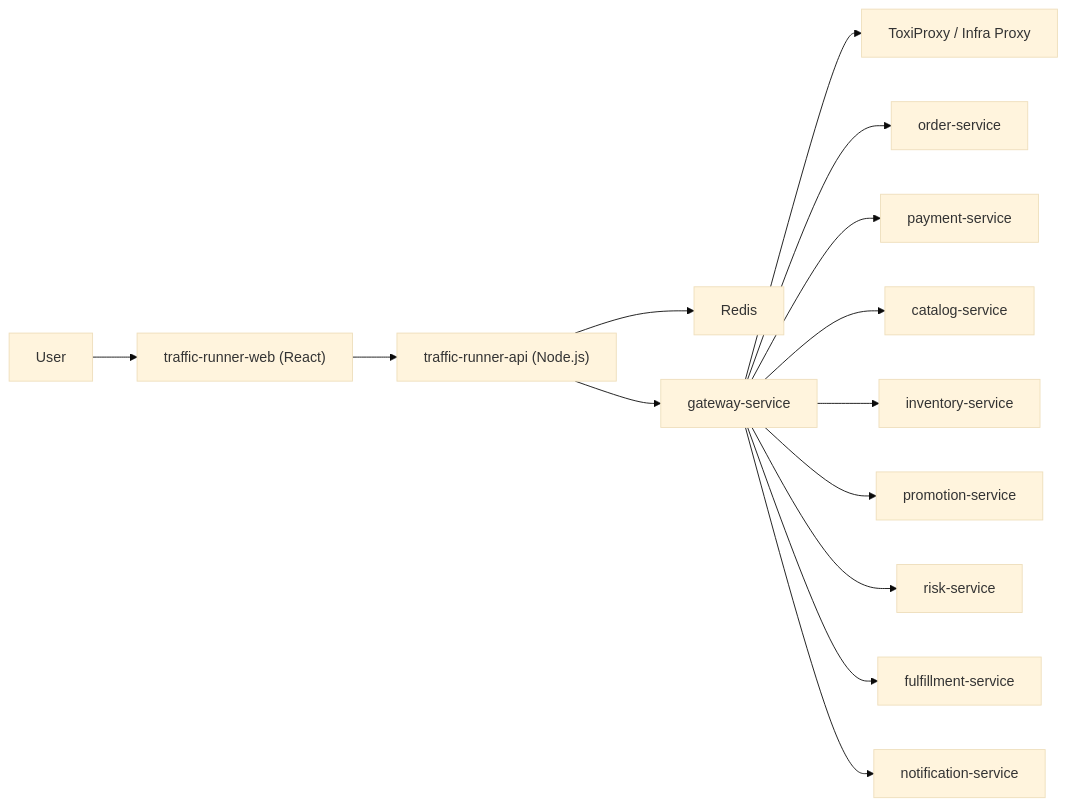
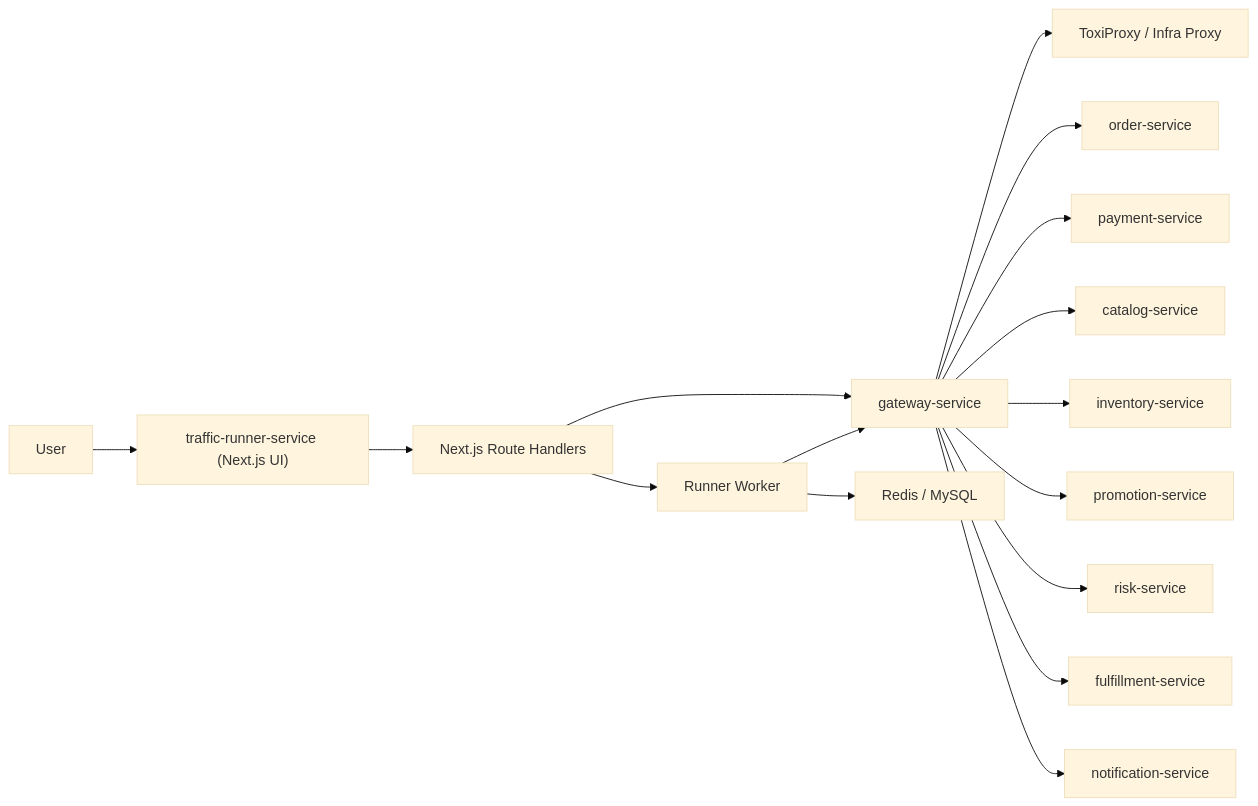
The diagram in _docs/plans/traffic-runner-react-nodejs-console-redesign.md (asatasinon/mall-chaos), drawn with Mermaid (base theme) before and after one commit. The commit also changed other lines of this file and 5 other files, not shown here.

````diff
--- a/_docs/plans/traffic-runner-react-nodejs-console-redesign.md
+++ b/_docs/plans/traffic-runner-react-nodejs-console-redesign.md
@@ -109,17 +112,19 @@
 ```mermaid
 flowchart LR
-  U["User"] --> W["traffic-runner-web (React)"]
-  W --> A["traffic-runner-api (Node.js)"]
+  U["User"] --> W["traffic-runner-service (Next.js UI)"]
+  W --> A["Next.js Route Handlers"]
+  A --> WK["Runner Worker"]
 
-  A --> R["Redis"]
   A --> G["gateway-service"]
+  WK --> R["Redis / MySQL"]
+  WK --> G
   G --> T["ToxiProxy / Infra Proxy"]
   G --> O["order-service"]
   G --> P["payment-service"]
   G --> C["catalog-service"]
   G --> I["inventory-service"]
   G --> PR["promotion-service"]
   G --> RS["risk-service"]
   G --> F["fulfillment-service"]
   G --> N["notification-service"]
 ```
````
